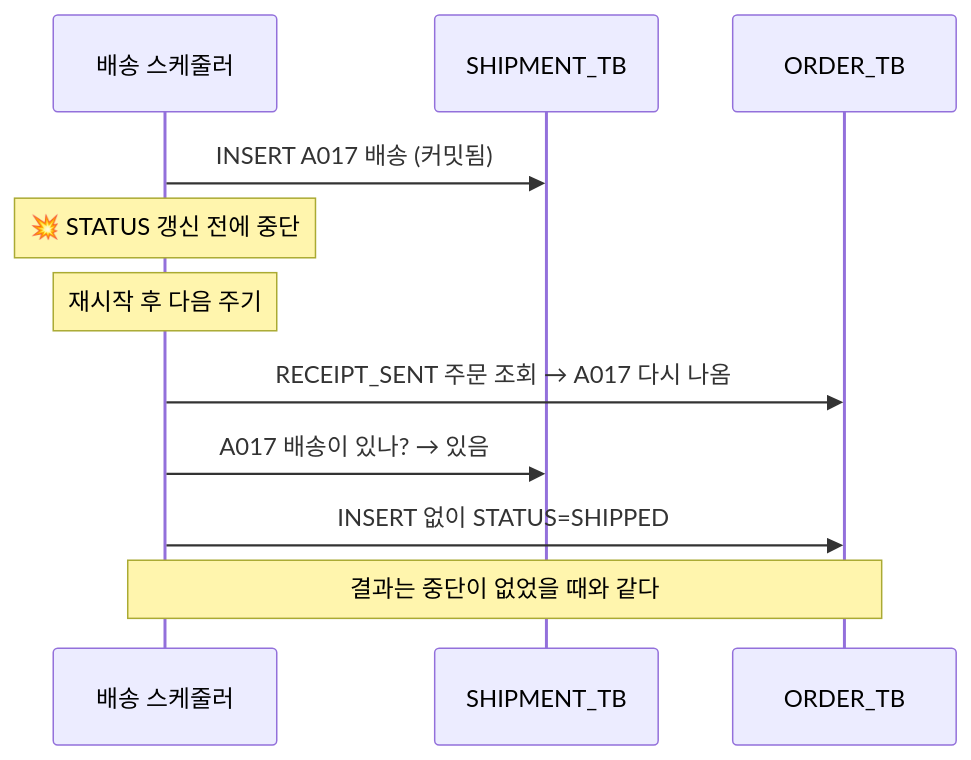
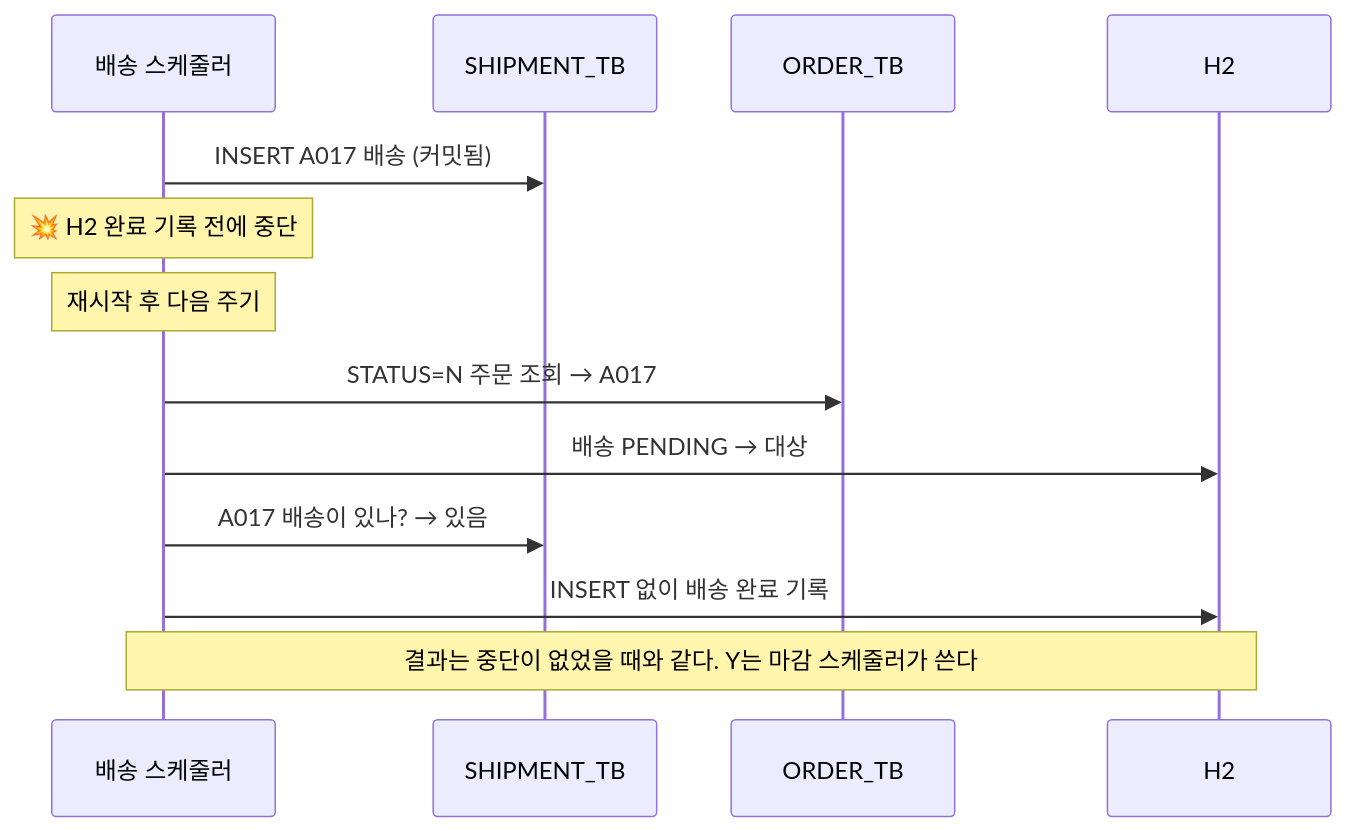
One commit to milkkwong2/inspien-assignment changed diagram 20 of 21 in docs/design.md. Above: the diagram before and after it, drawn with Mermaid. The commit also changed other lines of this file and 2 other files, not shown here.

First line of the commit message:
docs: STATUS N/Y 재설계와 공통 시각 필드 (D-26, D-27)

````diff
--- a/docs/design.md
+++ b/docs/design.md
@@ -963,14 +1056,16 @@
 ```mermaid
 sequenceDiagram
     participant APP as 배송 스케줄러
     participant T as SHIPMENT_TB
     participant O as ORDER_TB
+    participant H as H2
 
     APP->>T: INSERT A017 배송 (커밋됨)
-    Note over APP: 💥 STATUS 갱신 전에 중단
+    Note over APP: 💥 H2 완료 기록 전에 중단
     Note over APP: 재시작 후 다음 주기
-    APP->>O: RECEIPT_SENT 주문 조회 → A017 다시 나옴
+    APP->>O: STATUS=N 주문 조회 → A017
+    APP->>H: 배송 PENDING → 대상
     APP->>T: A017 배송이 있나? → 있음
-    APP->>O: INSERT 없이 STATUS=SHIPPED
-    Note over APP,O: 결과는 중단이 없었을 때와 같다
+    APP->>H: INSERT 없이 배송 완료 기록
+    Note over APP,H: 결과는 중단이 없었을 때와 같다. Y는 마감 스케줄러가 쓴다
 ```
````
